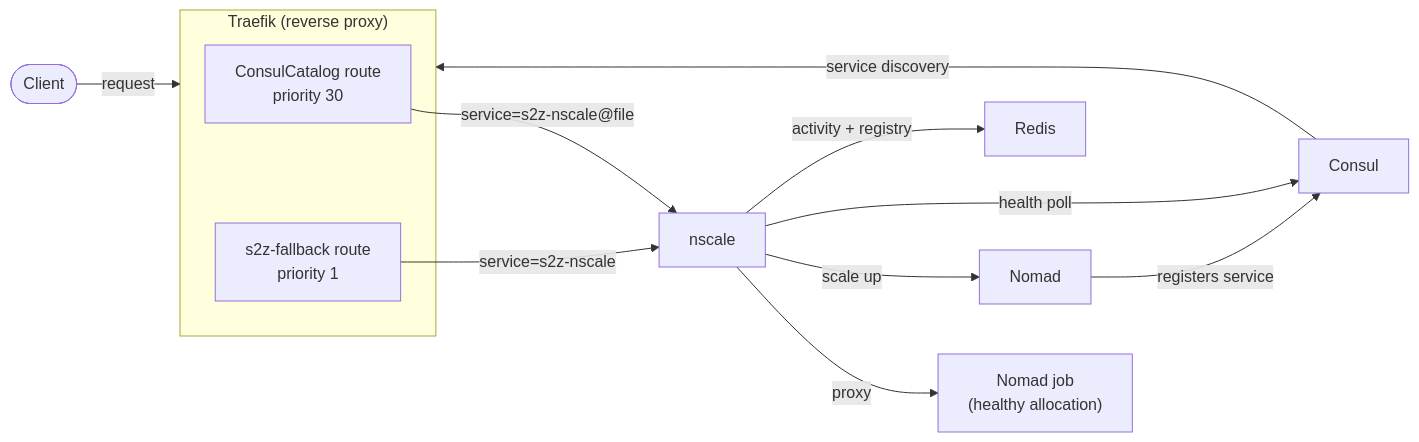
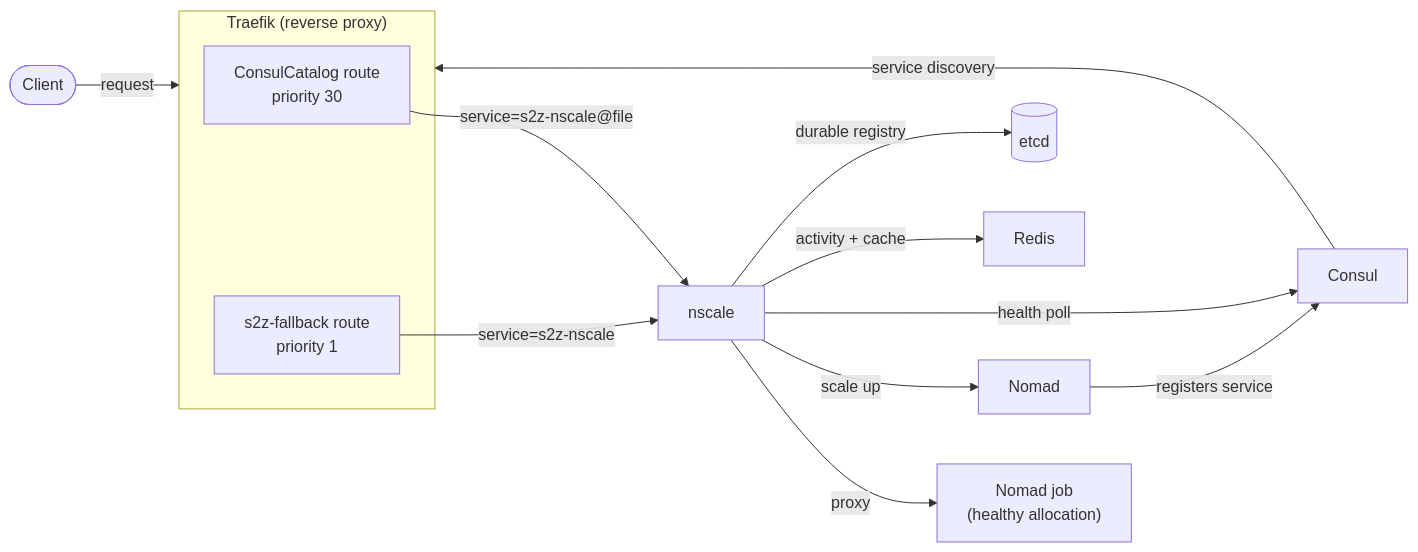
The first of 4 diagrams in README.md (Metatable-ai/nscale), drawn with Mermaid before and after one commit. The commit also changed other lines of this file and 7 other files, not shown here.

First line of the commit message:
feat: add etcd-backed durable registry with multi-replica support

````diff
--- a/README.md
+++ b/README.md
@@ -11,20 +11,21 @@
 ```mermaid
 graph LR
     Client([Client]) -->|request| Traefik
 
     subgraph Traefik["Traefik (reverse proxy)"]
         CC["ConsulCatalog route<br/>priority 30"]
         Fallback["s2z-fallback route<br/>priority 1"]
     end
 
     CC -->|"service=s2z-nscale#64;file"| nscale
     Fallback -->|"service=s2z-nscale"| nscale
 
     nscale -->|proxy| Backend["Nomad job<br/>(healthy allocation)"]
     nscale -->|scale up| Nomad
     nscale -->|health poll| Consul
-    nscale -->|activity + registry| Redis
+    nscale -->|activity + cache| Redis
+    nscale -->|durable registry| Etcd[(etcd)]
 
     Nomad -->|registers service| Consul
     Consul -->|service discovery| Traefik
 ```
````
